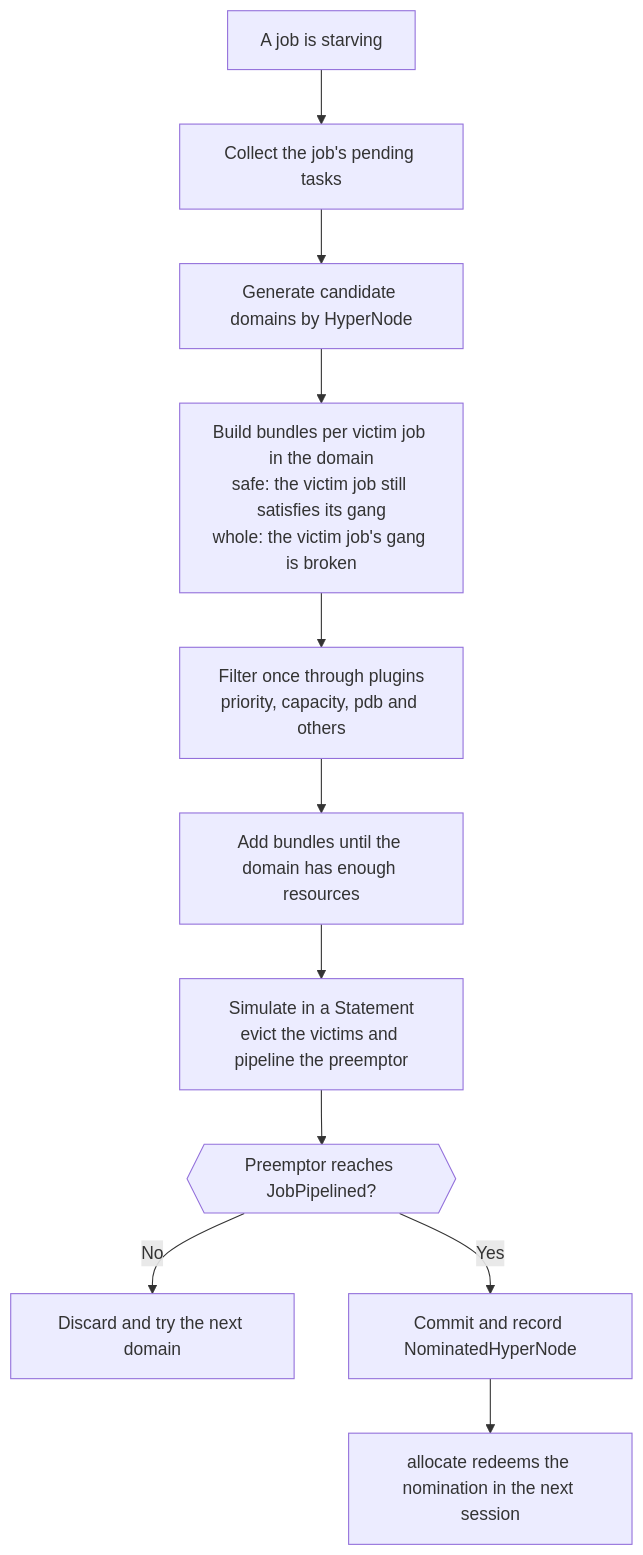
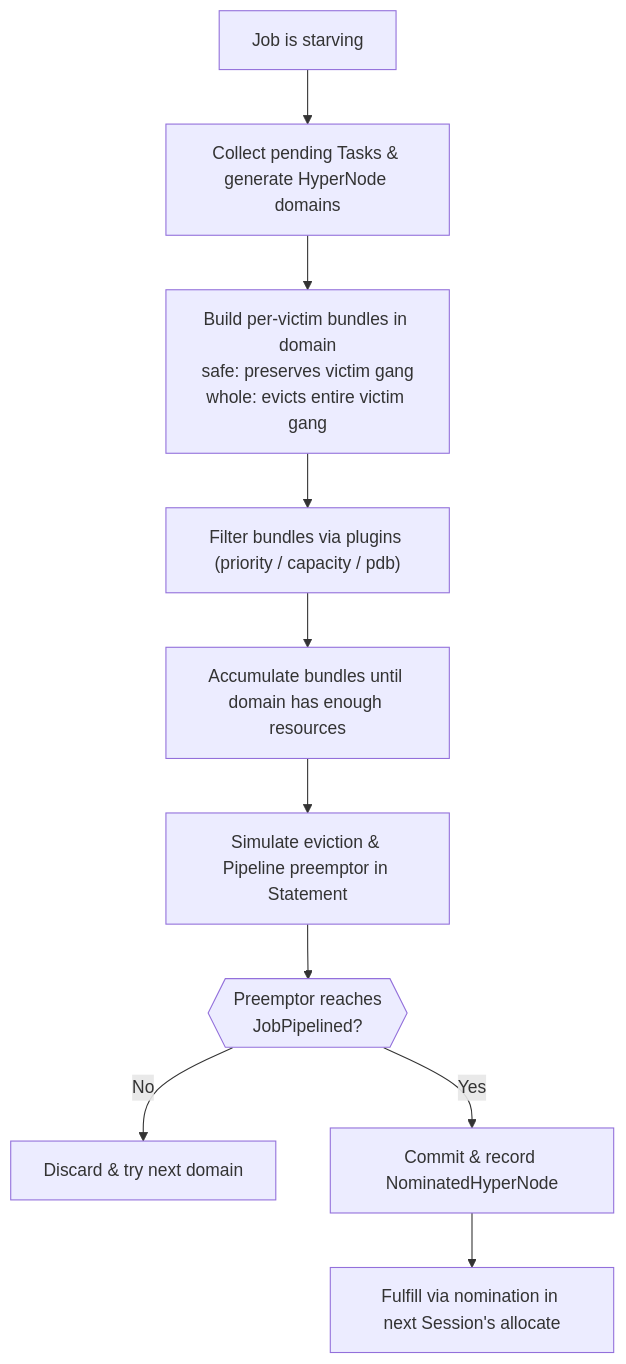
Diagram 12 of 15 in docs/research/k8s-workload-aware-scheduling-vs-volcano.md (JesseStutler/volcano), drawn with Mermaid before and after one commit. The commit also changed other lines of this file and 1 other file, not shown here.

````diff
--- a/docs/research/k8s-workload-aware-scheduling-vs-volcano.md
+++ b/docs/research/k8s-workload-aware-scheduling-vs-volcano.md
@@ -584,13 +503,12 @@
 ```mermaid
 flowchart TD
-    A["A job is starving"] --> B["Collect the job's pending tasks"]
-    B --> C["Generate candidate domains by HyperNode"]
-    C --> D["Build bundles per victim job in the domain<br/>safe: the victim job still satisfies its gang<br/>whole: the victim job's gang is broken"]
-    D --> E["Filter once through plugins<br/>priority, capacity, pdb and others"]
-    E --> F["Add bundles until the domain has enough resources"]
-    F --> G["Simulate in a Statement<br/>evict the victims and pipeline the preemptor"]
-    G --> H{{"Preemptor reaches JobPipelined?"}}
-    H -- No --> I["Discard and try the next domain"]
-    H -- Yes --> J["Commit and record NominatedHyperNode"]
-    J --> K["allocate redeems the nomination in the next session"]
+    A["Job is starving"] --> B["Collect pending Tasks & generate HyperNode domains"]
+    B --> C["Build per-victim bundles in domain<br/>safe: preserves victim gang<br/>whole: evicts entire victim gang"]
+    C --> D["Filter bundles via plugins (priority / capacity / pdb)"]
+    D --> E["Accumulate bundles until domain has enough resources"]
+    E --> F["Simulate eviction & Pipeline preemptor in Statement"]
+    F --> G{{"Preemptor reaches<br/>JobPipelined?"}}
+    G -- No --> H["Discard & try next domain"]
+    G -- Yes --> I["Commit & record NominatedHyperNode"]
+    I --> J["Fulfill via nomination in next Session's allocate"]
 ```
````
